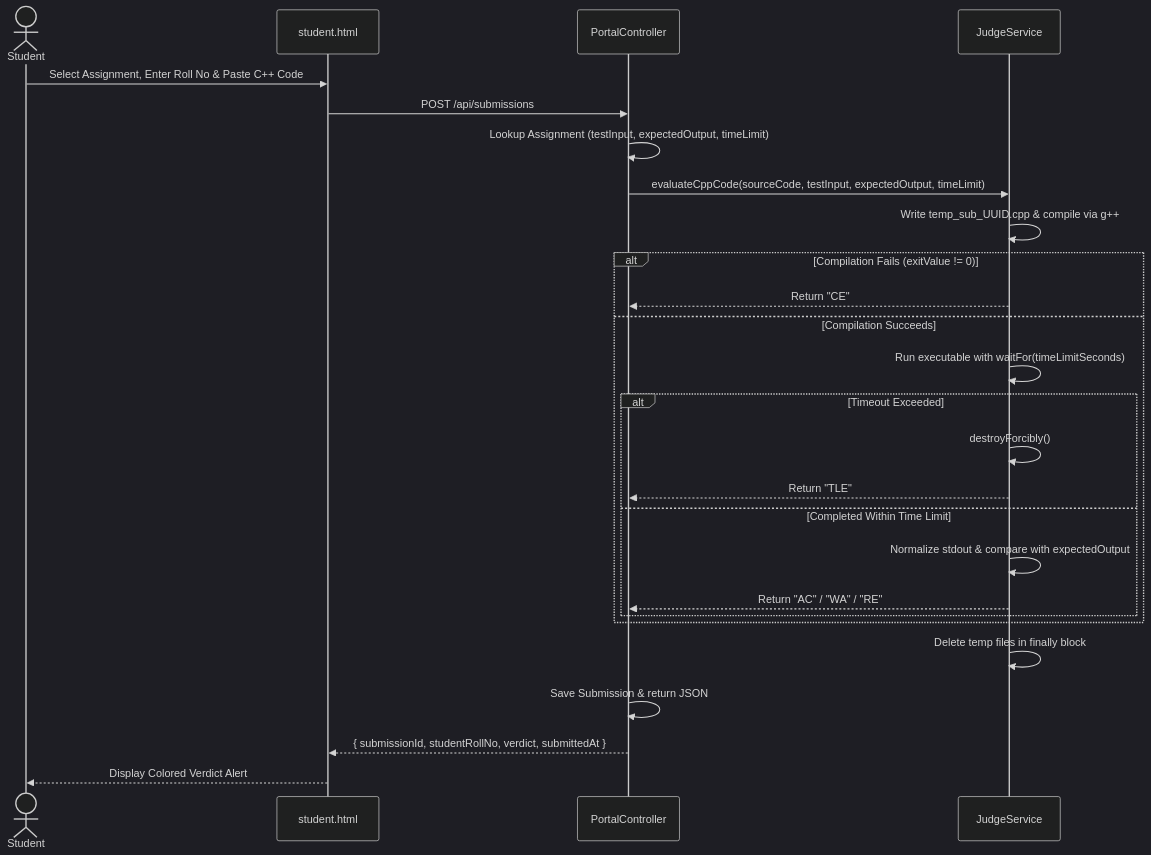
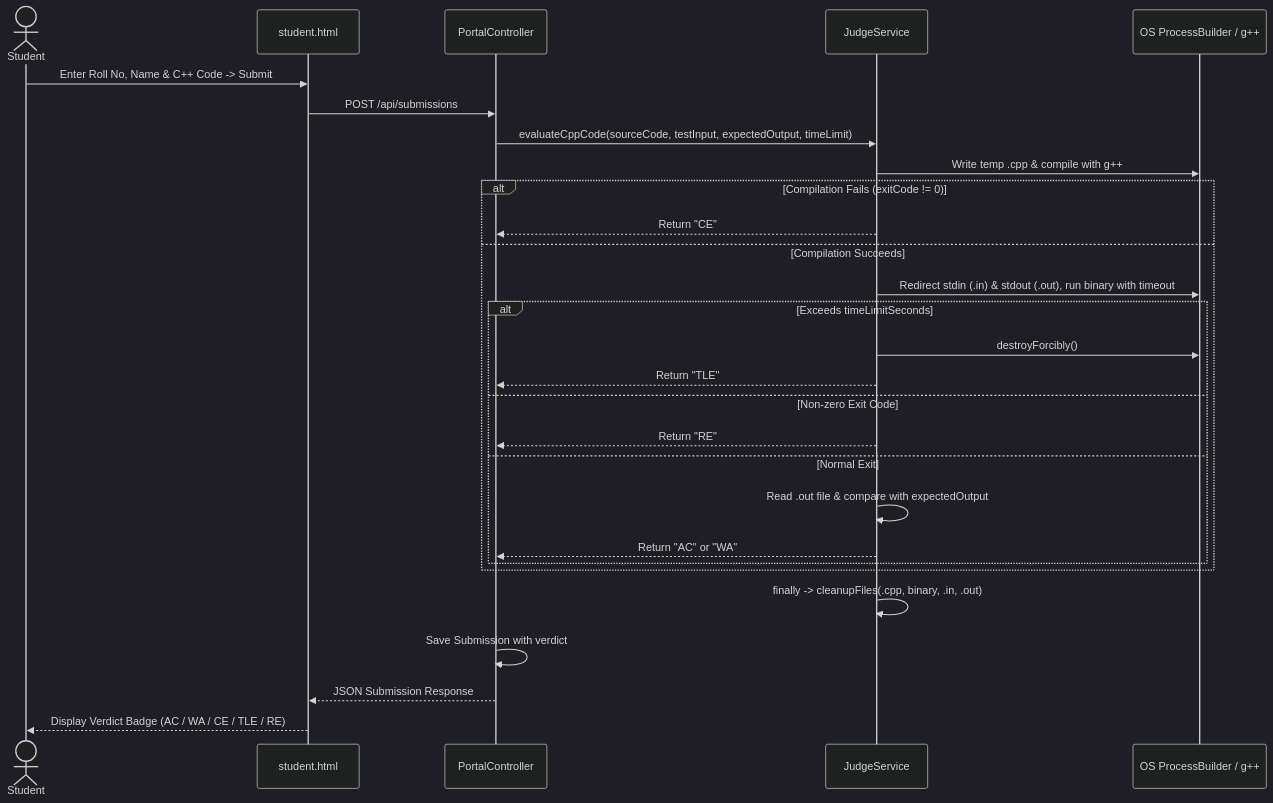
Before and after one commit to harjasbb07-eng/YOLO: the third of 5 diagrams in docs/System_Design_Diagrams.md, drawn with Mermaid (dark theme). The commit also changed other lines of this file and 2 other files, not shown here.

Commit message:
docs: align CFG complexity (V=9), tokenizer rules, winnow signature, and diagrams with code

````diff
--- a/docs/System_Design_Diagrams.md
+++ b/docs/System_Design_Diagrams.md
@@ -61,29 +94,31 @@
 ```mermaid
 sequenceDiagram
-    actor S as Student
+    actor Student
     participant UI as student.html
-    participant C as PortalController
-    participant J as JudgeService
+    participant API as PortalController
+    participant Judge as JudgeService
+    participant OS as OS ProcessBuilder / g++
 
-    S->>UI: Select Assignment, Enter Roll No & Paste C++ Code
-    UI->>C: POST /api/submissions
-    C->>C: Lookup Assignment (testInput, expectedOutput, timeLimit)
-    C->>J: evaluateCppCode(sourceCode, testInput, expectedOutput, timeLimit)
-    J->>J: Write temp_sub_UUID.cpp & compile via g++
-    alt Compilation Fails (exitValue != 0)
-        J-->>C: Return "CE"
+    Student->>UI: Enter Roll No, Name & C++ Code -> Submit
+    UI->>API: POST /api/submissions
+    API->>Judge: evaluateCppCode(sourceCode, testInput, expectedOutput, timeLimit)
+    Judge->>OS: Write temp .cpp & compile with g++
+    alt Compilation Fails (exitCode != 0)
+        Judge-->>API: Return "CE"
     else Compilation Succeeds
-        J->>J: Run executable with waitFor(timeLimitSeconds)
-        alt Timeout Exceeded
-            J->>J: destroyForcibly()
-            J-->>C: Return "TLE"
-        else Completed Within Time Limit
-            J->>J: Normalize stdout & compare with expectedOutput
-            J-->>C: Return "AC" / "WA" / "RE"
+        Judge->>OS: Redirect stdin (.in) & stdout (.out), run binary with timeout
+        alt Exceeds timeLimitSeconds
+            Judge->>OS: destroyForcibly()
+            Judge-->>API: Return "TLE"
+        else Non-zero Exit Code
+            Judge-->>API: Return "RE"
+        else Normal Exit
+            Judge->>Judge: Read .out file & compare with expectedOutput
+            Judge-->>API: Return "AC" or "WA"
         end
     end
-    J->>J: Delete temp files in finally block
-    C->>C: Save Submission & return JSON
-    C-->>UI: { submissionId, studentRollNo, verdict, submittedAt }
-    UI-->>S: Display Colored Verdict Alert
+    Judge->>Judge: finally -> cleanupFiles(.cpp, binary, .in, .out)
+    API->>API: Save Submission with verdict
+    API-->>UI: JSON Submission Response
+    UI-->>Student: Display Verdict Badge (AC / WA / CE / TLE / RE)
 ```
````
